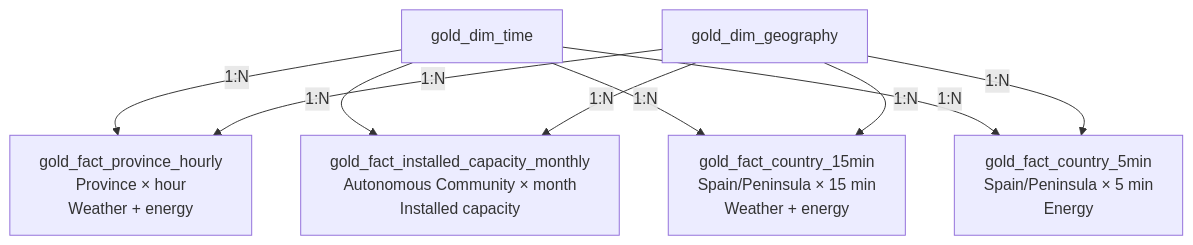
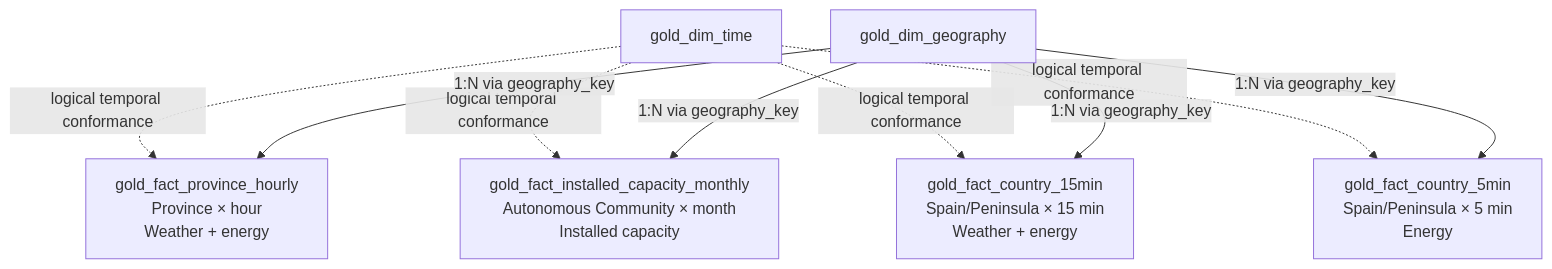
The diagram in docs/Gold/01_gold_design.md (ivmaroto/energy-lakehouse-platform), drawn with Mermaid before and after one commit. The commit also changed other lines of this file and 8 other files, not shown here.

````diff
--- a/docs/Gold/01_gold_design.md
+++ b/docs/Gold/01_gold_design.md
@@ -1106,20 +1143,20 @@
 ``` mermaid
 flowchart TB
     DT["gold_dim_time"]
     DG["gold_dim_geography"]
 
     F1["gold_fact_province_hourly<br/>Province × hour<br/>Weather + energy"]
     F2["gold_fact_installed_capacity_monthly<br/>Autonomous Community × month<br/>Installed capacity"]
     F3["gold_fact_country_15min<br/>Spain/Peninsula × 15 min<br/>Weather + energy"]
     F4["gold_fact_country_5min<br/>Spain/Peninsula × 5 min<br/>Energy"]
 
-    DT -->|1:N| F1
-    DT -->|1:N| F2
-    DT -->|1:N| F3
-    DT -->|1:N| F4
+    DT -.->|logical temporal conformance| F1
+    DT -.->|logical temporal conformance| F2
+    DT -.->|logical temporal conformance| F3
+    DT -.->|logical temporal conformance| F4
 
-    DG -->|1:N| F1
-    DG -->|1:N| F2
-    DG -->|1:N| F3
-    DG -->|1:N| F4
+    DG -->|1:N via geography_key| F1
+    DG -->|1:N via geography_key| F2
+    DG -->|1:N via geography_key| F3
+    DG -->|1:N via geography_key| F4
 ```
````
